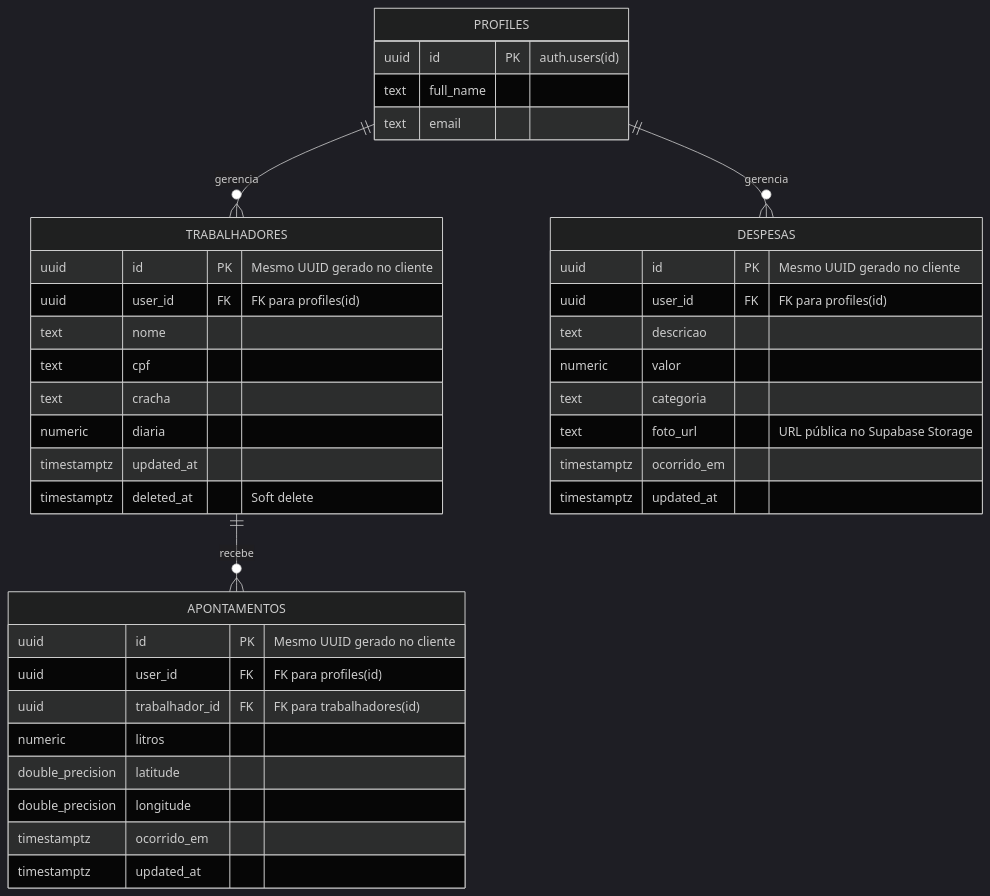
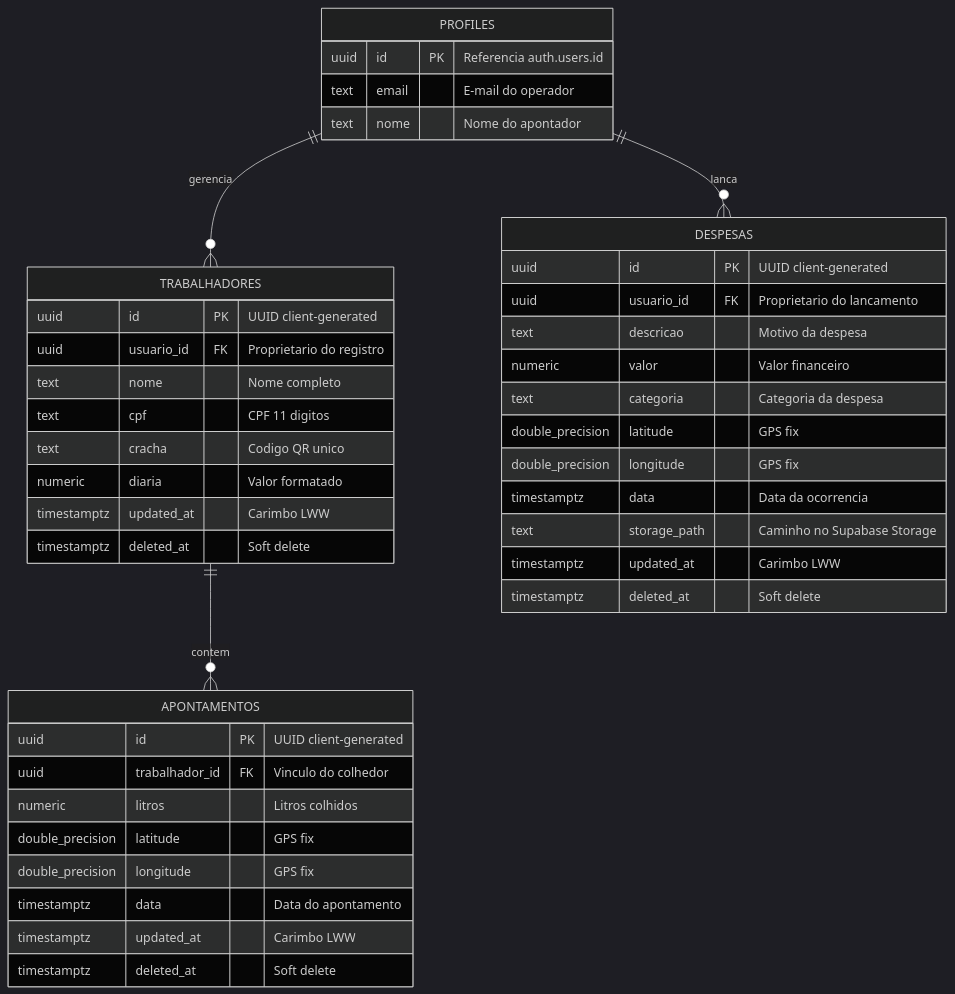
Before and after one commit to JoaoPedroScalioni/MOBILEEE: the fourth of 11 diagrams in docs/documento-software-mobile.md, drawn with Mermaid (dark theme). The commit also changed other lines of this file and 3 other files, not shown here.

````diff
--- a/docs/documento-software-mobile.md
+++ b/docs/documento-software-mobile.md
@@ -480,45 +477,48 @@
 ```mermaid
 erDiagram
     PROFILES ||--o{ TRABALHADORES : gerencia
-    TRABALHADORES ||--o{ APONTAMENTOS : recebe
-    PROFILES ||--o{ DESPESAS : gerencia
+    TRABALHADORES ||--o{ APONTAMENTOS : contem
+    PROFILES ||--o{ DESPESAS : lanca
 
     PROFILES {
-        uuid id PK "auth.users(id)"
-        text full_name
-        text email
+        uuid id PK "Referencia auth.users.id"
+        text email "E-mail do operador"
+        text nome "Nome do apontador"
     }
 
     TRABALHADORES {
-        uuid id PK "Mesmo UUID gerado no cliente"
-        uuid user_id FK "FK para profiles(id)"
-        text nome
-        text cpf
-        text cracha
-        numeric diaria
-        timestamptz updated_at
+        uuid id PK "UUID client-generated"
+        uuid usuario_id FK "Proprietario do registro"
+        text nome "Nome completo"
+        text cpf "CPF 11 digitos"
+        text cracha "Codigo QR unico"
+        numeric diaria "Valor formatado"
+        timestamptz updated_at "Carimbo LWW"
         timestamptz deleted_at "Soft delete"
     }
 
     APONTAMENTOS {
-        uuid id PK "Mesmo UUID gerado no cliente"
-        uuid user_id FK "FK para profiles(id)"
-        uuid trabalhador_id FK "FK para trabalhadores(id)"
-        numeric litros
-        double_precision latitude
-        double_precision longitude
-        timestamptz ocorrido_em
-        timestamptz updated_at
+        uuid id PK "UUID client-generated"
+        uuid trabalhador_id FK "Vinculo do colhedor"
+        numeric litros "Litros colhidos"
+        double_precision latitude "GPS fix"
+        double_precision longitude "GPS fix"
+        timestamptz data "Data do apontamento"
+        timestamptz updated_at "Carimbo LWW"
+        timestamptz deleted_at "Soft delete"
     }
 
     DESPESAS {
-        uuid id PK "Mesmo UUID gerado no cliente"
-        uuid user_id FK "FK para profiles(id)"
-        text descricao
-        numeric valor
-        text categoria
-        text foto_url "URL pública no Supabase Storage"
-        timestamptz ocorrido_em
-        timestamptz updated_at
+        uuid id PK "UUID client-generated"
+        uuid usuario_id FK "Proprietario do lancamento"
+        text descricao "Motivo da despesa"
+        numeric valor "Valor financeiro"
+        text categoria "Categoria da despesa"
+        double_precision latitude "GPS fix"
+        double_precision longitude "GPS fix"
+        timestamptz data "Data da ocorrencia"
+        text storage_path "Caminho no Supabase Storage"
+        timestamptz updated_at "Carimbo LWW"
+        timestamptz deleted_at "Soft delete"
     }
 ```
````
